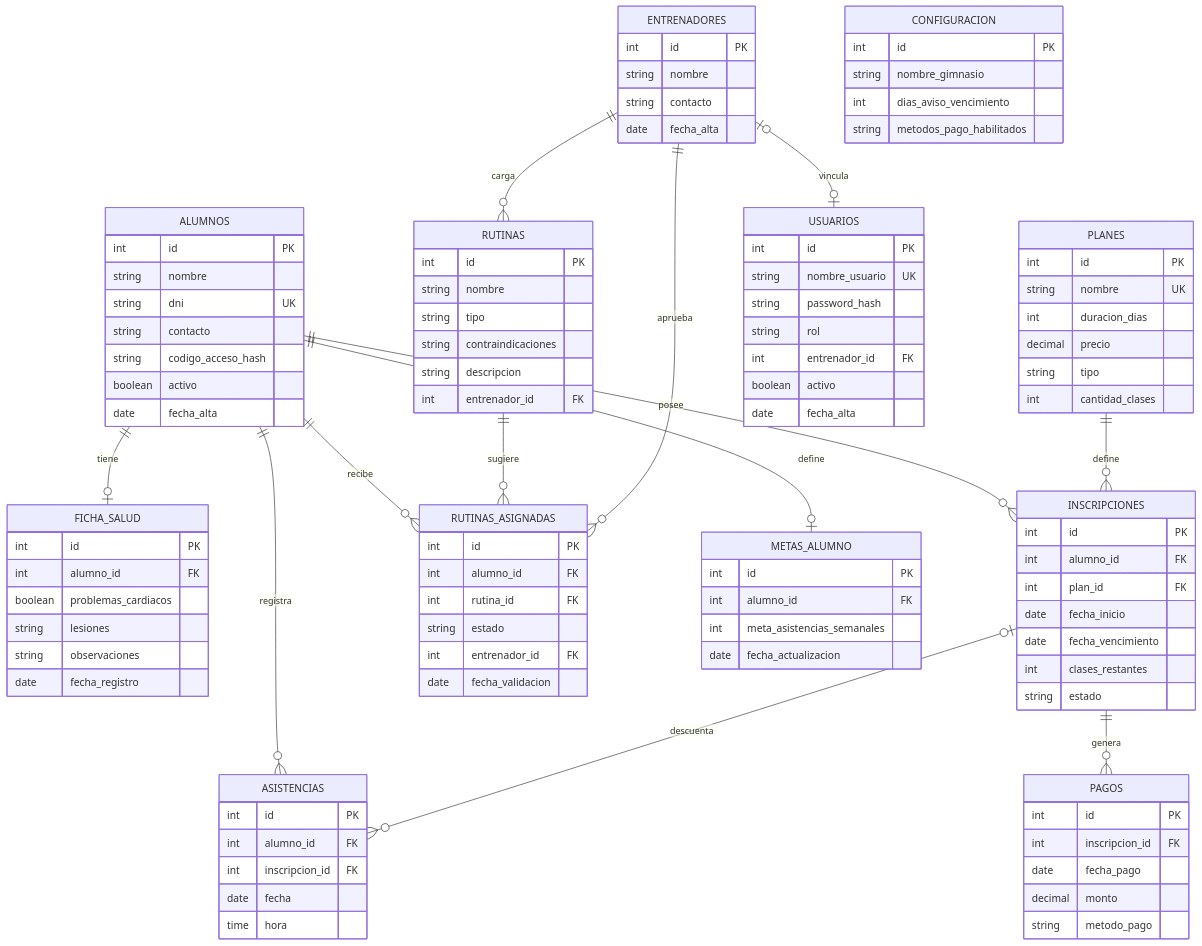
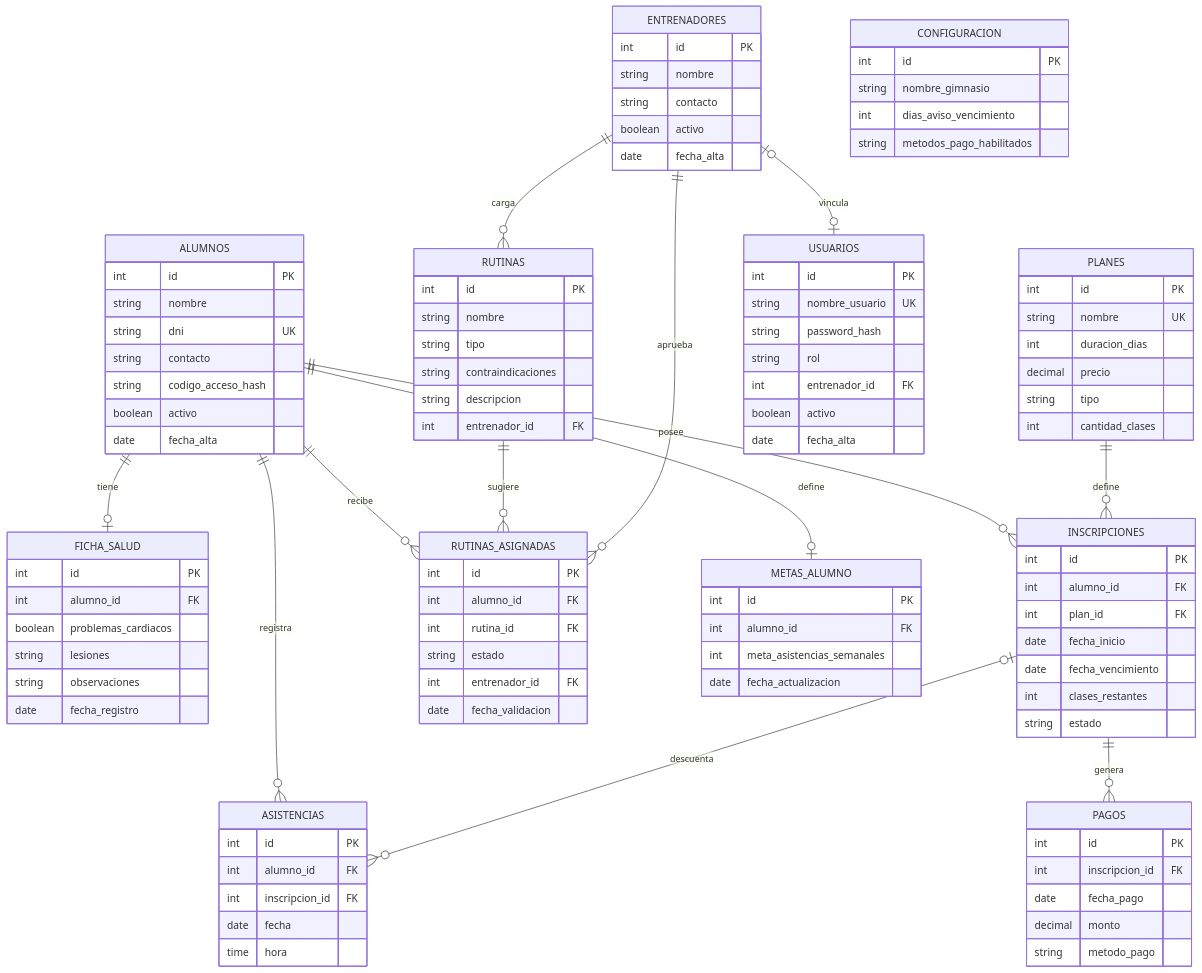
Before and after one commit to pao41/Trabajo-Final-Integrador: the diagram in docs/der.md, drawn with Mermaid. The commit also changed 1 other file, not shown here.

Commit message:
docs: agregar el estado activo de los entrenadores al modelo de datos

```diff
--- a/docs/der.md
+++ b/docs/der.md
@@ -91,6 +91,7 @@
         int id PK
         string nombre
         string contacto
+        boolean activo
         date fecha_alta
     }
      USUARIOS {
```
